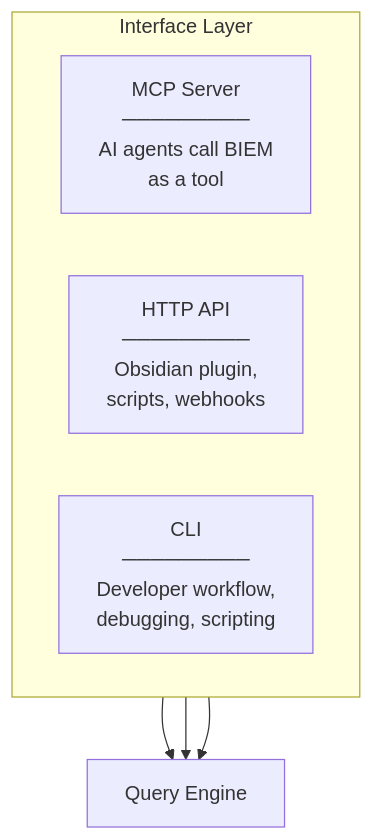
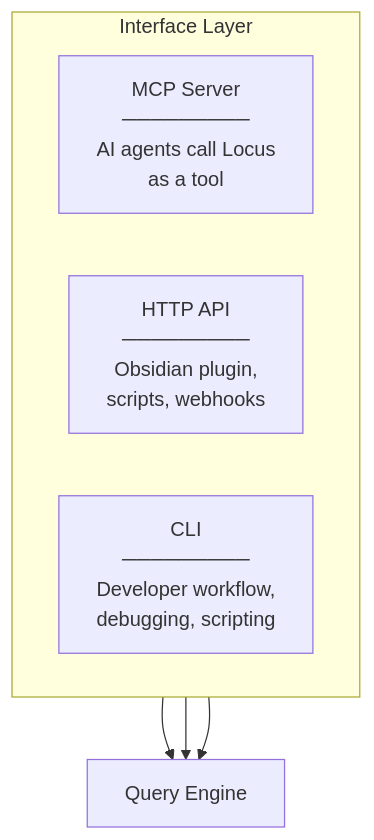
Before and after one commit to locusd-ai/locus: the fifth of 10 diagrams in docs/architecture/001-system-overview.md, drawn with Mermaid. The commit also changed other lines of this file and 21 other files, not shown here.

First line of the commit message:
chore: complete BIEM->Locus rename, truth-up feature docs, fix warnings

````diff
--- a/docs/architecture/001-system-overview.md
+++ b/docs/architecture/001-system-overview.md
@@ -275,15 +275,15 @@
 ```mermaid
 graph TB
     subgraph Interface["Interface Layer"]
         direction LR
-        MCP["MCP Server<br/>─────────<br/>AI agents call BIEM<br/>as a tool"]
+        MCP["MCP Server<br/>─────────<br/>AI agents call Locus<br/>as a tool"]
         API["HTTP API<br/>─────────<br/>Obsidian plugin,<br/>scripts, webhooks"]
         CLI["CLI<br/>─────────<br/>Developer workflow,<br/>debugging, scripting"]
     end
 
     QE["Query Engine"]
 
     MCP --> QE
     API --> QE
     CLI --> QE
 ```
````
